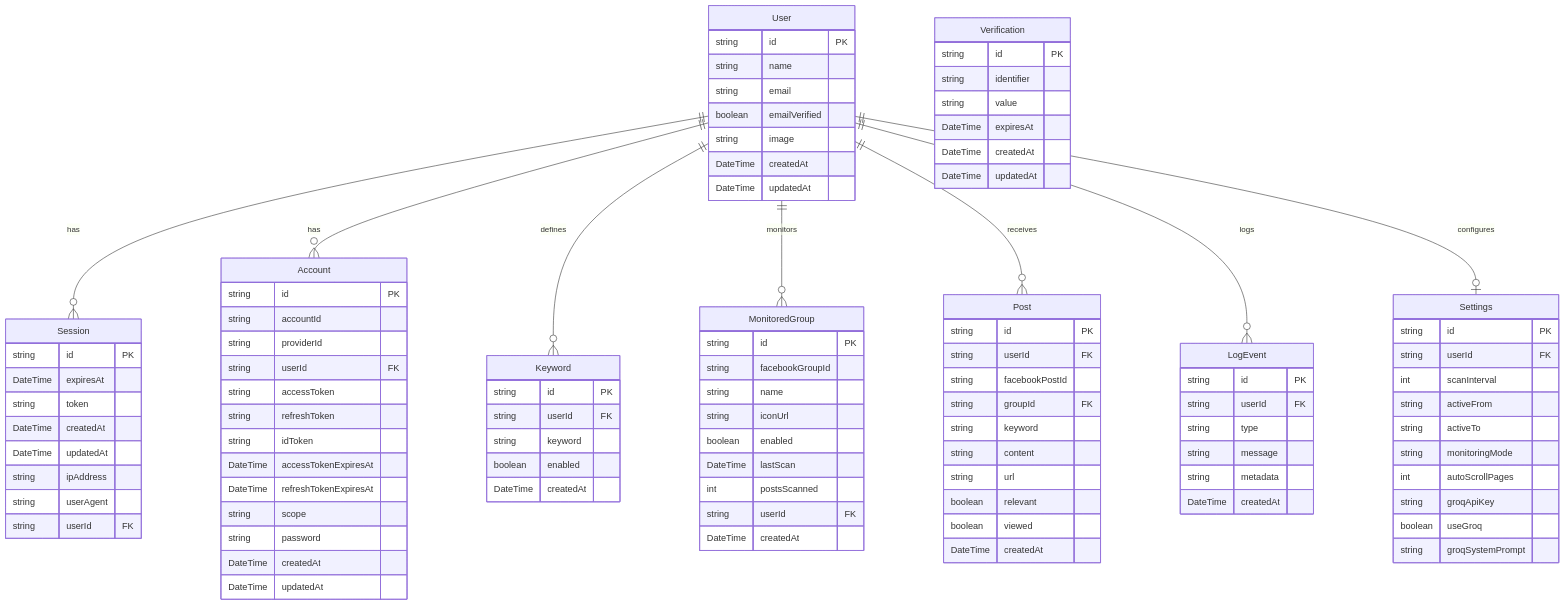
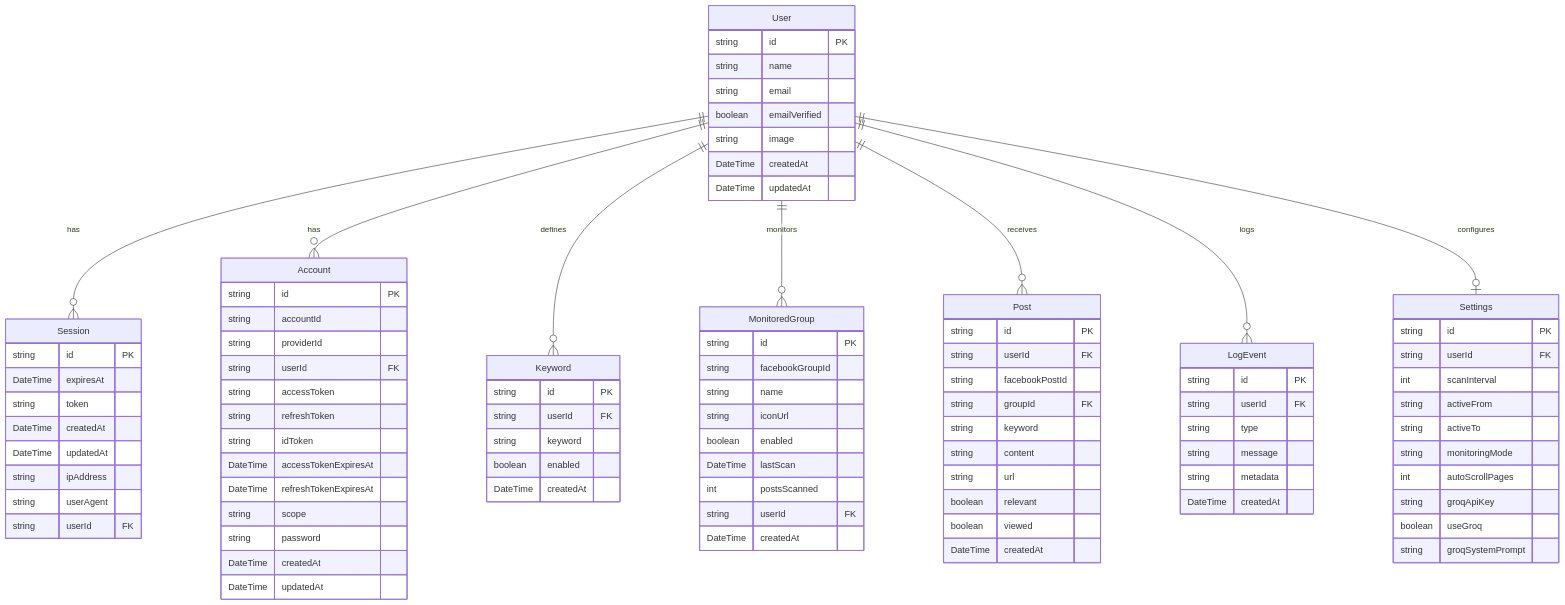
One commit to Abubakkar-Khan/Group_Scout_Electron changed the fifth of 5 diagrams in README.md. Above: the diagram before and after it, drawn with Mermaid. The commit also changed other lines of this file, not shown here.

Commit message:
docs: update README.md with detailed report, table of contents, and Mermaid process diagrams

````diff
--- a/README.md
+++ b/README.md
@@ -111,15 +179,6 @@
         DateTime updatedAt
     }
 
-    Verification {
-        string id PK
-        string identifier
-        string value
-        DateTime expiresAt
-        DateTime createdAt
-        DateTime updatedAt
-    }
-
     Settings {
         string id PK
         string userId FK
@@ -153,15 +212,6 @@
         DateTime createdAt
     }
 
-    LogEvent {
-        string id PK
-        string userId FK
-        string type
-        string message
-        string metadata
-        DateTime createdAt
-    }
-
     Post {
         string id PK
         string userId FK
@@ -174,4 +224,13 @@
         boolean viewed
         DateTime createdAt
     }
+
+    LogEvent {
+        string id PK
+        string userId FK
+        string type
+        string message
+        string metadata
+        DateTime createdAt
+    }
 ```
````
